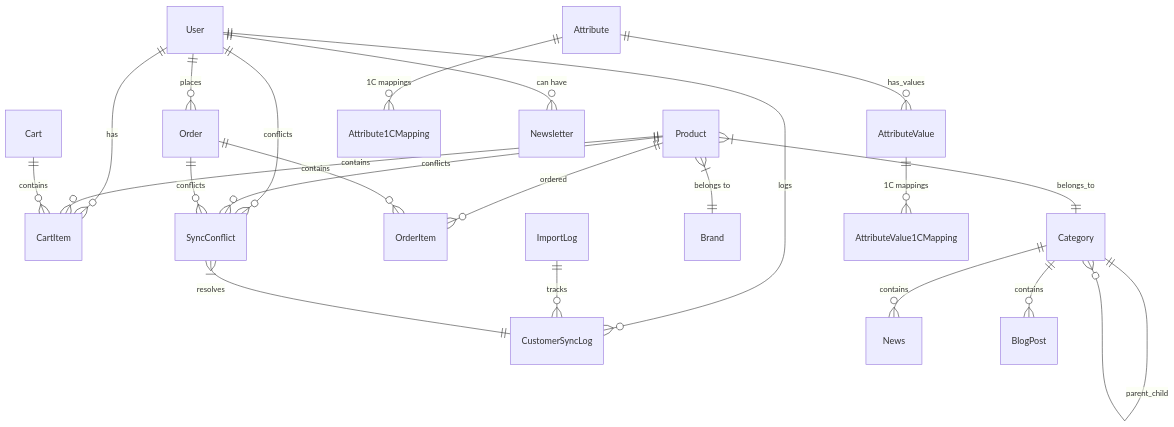
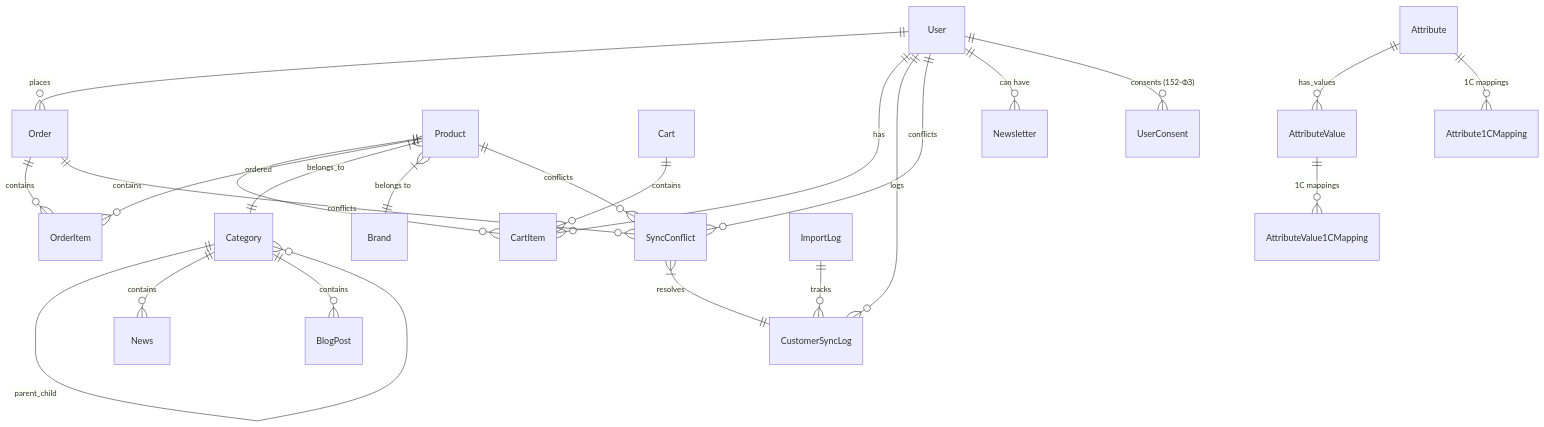
Before and after one commit to AlexMobiCraft/FREESPORT: the second of 2 diagrams in docs/architecture/02-data-models.md, drawn with Mermaid. The commit also changed other lines of this file and 7 other files, not shown here.

````diff
--- a/docs/architecture/02-data-models.md
+++ b/docs/architecture/02-data-models.md
@@ -765,31 +832,32 @@
 ```mermaid
 erDiagram
     User ||--o{ Order : places
     User ||--o{ CartItem : has
     User ||--o{ CustomerSyncLog : logs
     User ||--o{ SyncConflict : conflicts
 
     Product ||--o{ CartItem : contains
     Product ||--o{ OrderItem : ordered
     Product }|--|| Category : belongs_to
     Product }|--|| Brand : "belongs to"
     Product ||--o{ SyncConflict : conflicts
 
     Order ||--o{ OrderItem : contains
     Order ||--o{ SyncConflict : conflicts
 
     Category ||--o{ Category : parent_child
 
     Cart ||--o{ CartItem : contains
 
     ImportLog ||--o{ CustomerSyncLog : tracks
     SyncConflict }|--|| CustomerSyncLog : resolves
 
     Attribute ||--o{ AttributeValue : has_values
     Attribute ||--o{ Attribute1CMapping : "1C mappings"
     AttributeValue ||--o{ AttributeValue1CMapping : "1C mappings"
 
     Category ||--o{ News : contains
     Category ||--o{ BlogPost : contains
     User ||--o{ Newsletter : "can have"
+    User ||--o{ UserConsent : "consents (152-ФЗ)"
 ```
````
